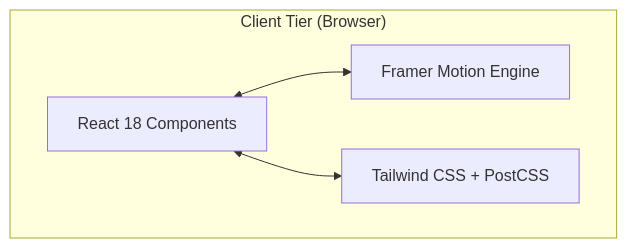
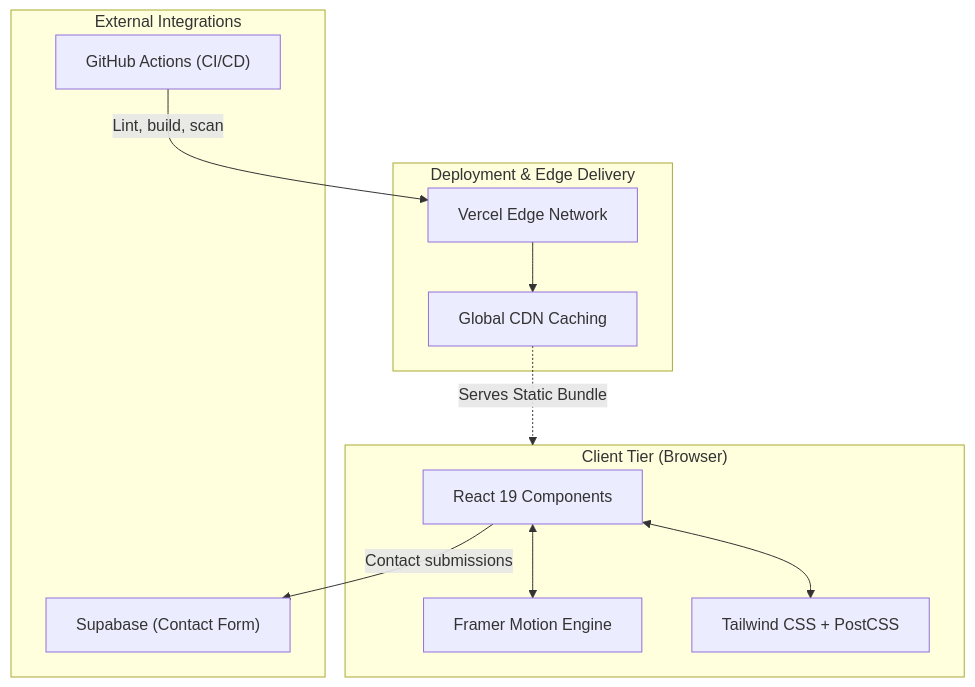
One commit to Harshithk951/My-Portfolio changed the diagram in README.md. Above: the diagram before and after it, drawn with Mermaid. The commit also changed other lines of this file, not shown here.

````diff
--- a/README.md
+++ b/README.md
@@ -48,10 +50,25 @@
 ```mermaid
 flowchart TB
     subgraph Client["Client Tier (Browser)"]
-        UI["React 18 Components"]
+        UI["React 19 Components"]
         Motion["Framer Motion Engine"]
         Styles["Tailwind CSS + PostCSS"]
         UI <--> Motion
         UI <--> Styles
     end
+
+    subgraph Hosting["Deployment & Edge Delivery"]
+        Vercel["Vercel Edge Network"]
+        CDN["Global CDN Caching"]
+        Vercel --> CDN
+    end
+
+    subgraph Services["External Integrations"]
+        Supabase["Supabase (Contact Form)"]
+        Actions["GitHub Actions (CI/CD)"]
+    end
+
+    CDN -.->|Serves Static Bundle| Client
+    UI -->|Contact submissions| Supabase
+    Actions -->|Lint, build, scan| Vercel
 ```
````
